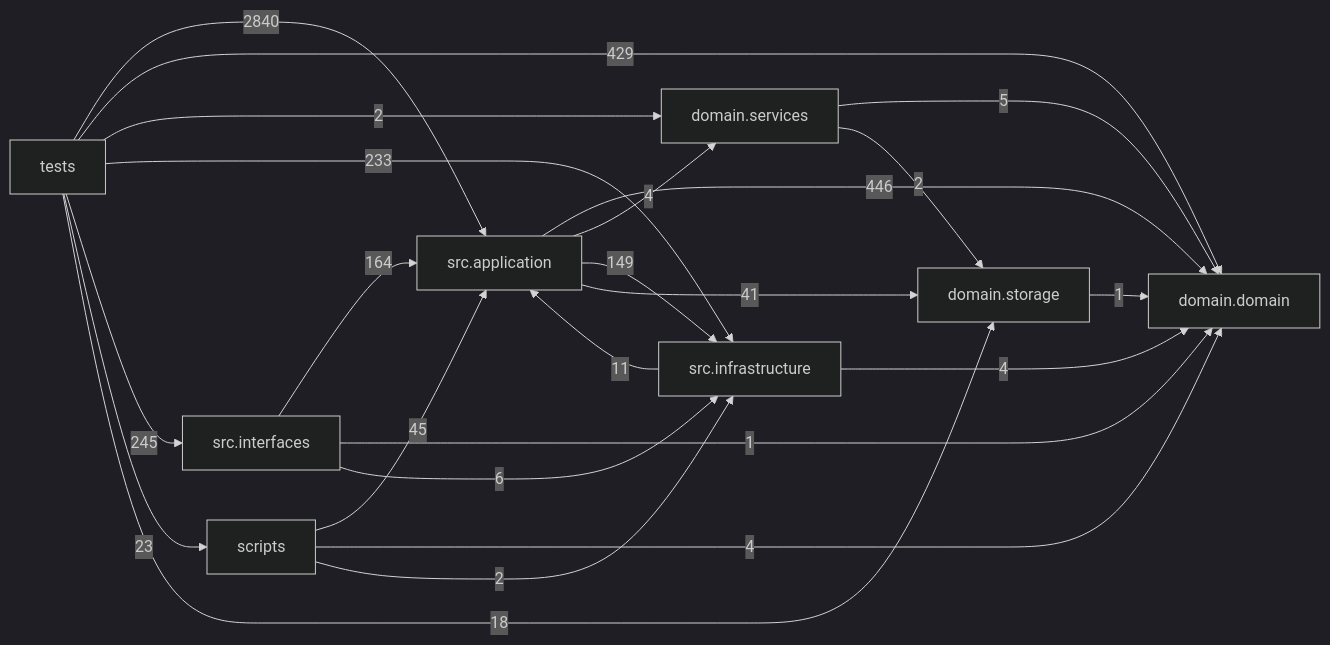
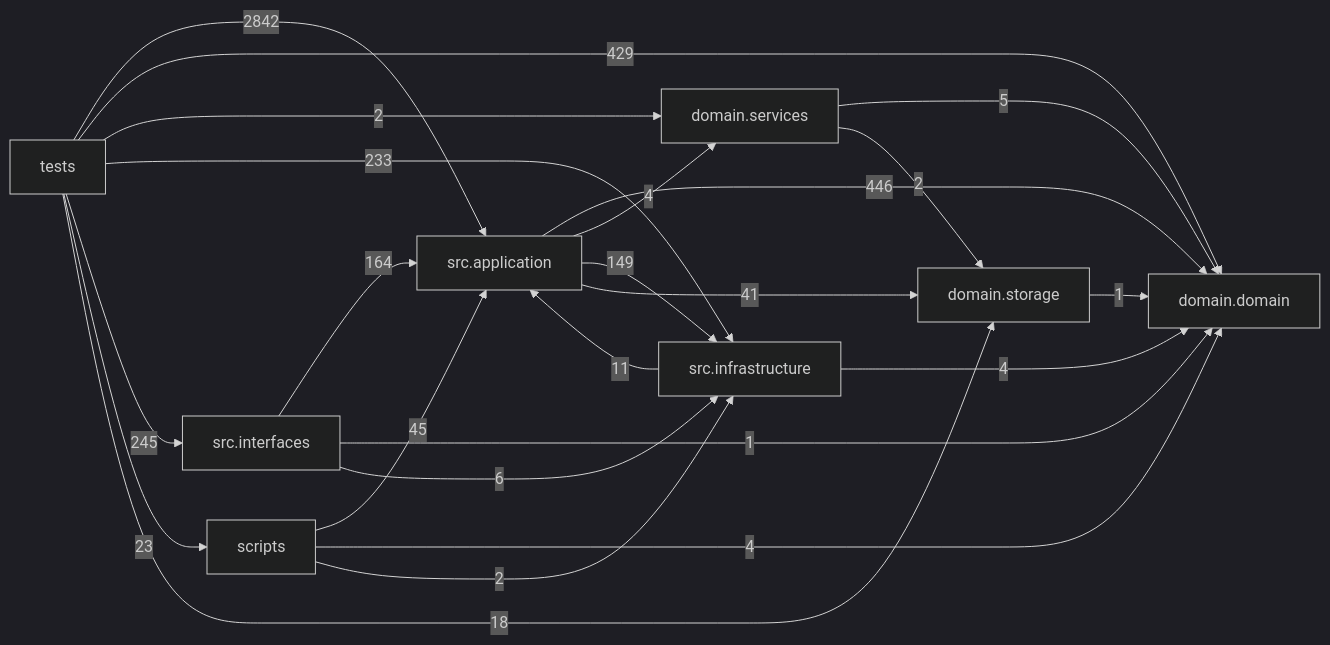
Before and after one commit to liuxie066/options-monitor: the diagram in docs/DEPENDENCY_GRAPH.md, drawn with Mermaid (dark theme). The commit also changed other lines of this file and 14 other files, not shown here.

````diff
--- a/docs/DEPENDENCY_GRAPH.md
+++ b/docs/DEPENDENCY_GRAPH.md
@@ -24,33 +24,33 @@
 ```mermaid
 flowchart LR
   tests["tests"]
   scripts["scripts"]
   interfaces["src.interfaces"]
   application["src.application"]
   infrastructure["src.infrastructure"]
   domain_services["domain.services"]
   domain["domain.domain"]
   storage["domain.storage"]
   application -->|446| domain
   application -->|4| domain_services
   application -->|149| infrastructure
   application -->|41| storage
   domain_services -->|5| domain
   domain_services -->|2| storage
   infrastructure -->|11| application
   infrastructure -->|4| domain
   interfaces -->|164| application
   interfaces -->|1| domain
   interfaces -->|6| infrastructure
   scripts -->|45| application
   scripts -->|4| domain
   scripts -->|2| infrastructure
   storage -->|1| domain
-  tests -->|2840| application
+  tests -->|2842| application
   tests -->|429| domain
   tests -->|2| domain_services
   tests -->|233| infrastructure
   tests -->|245| interfaces
   tests -->|23| scripts
   tests -->|18| storage
 ```
````
